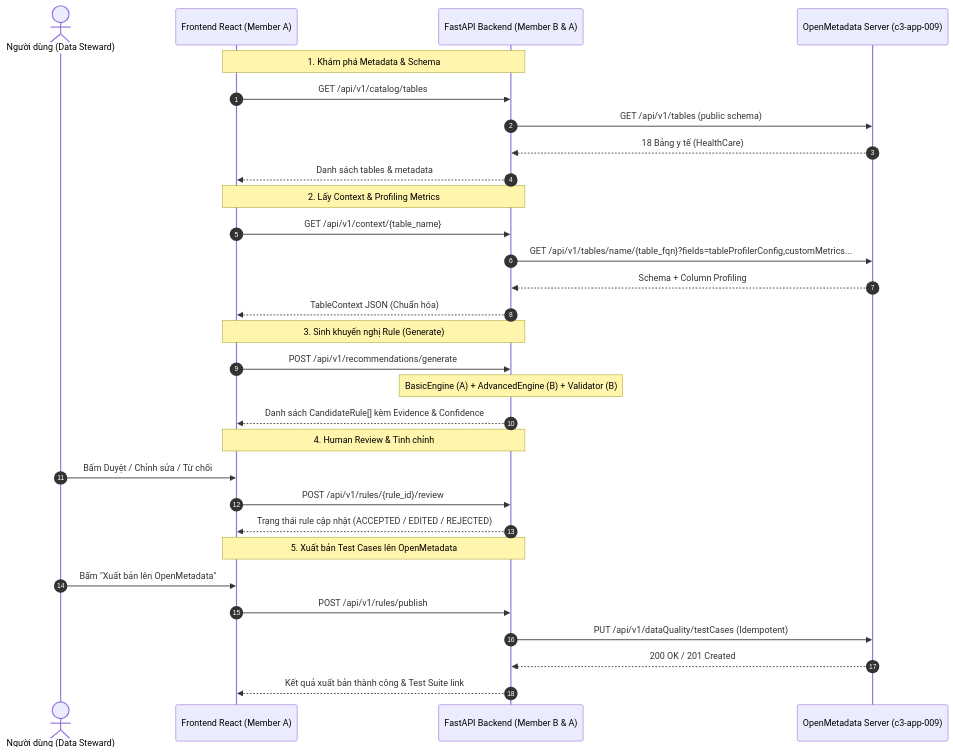
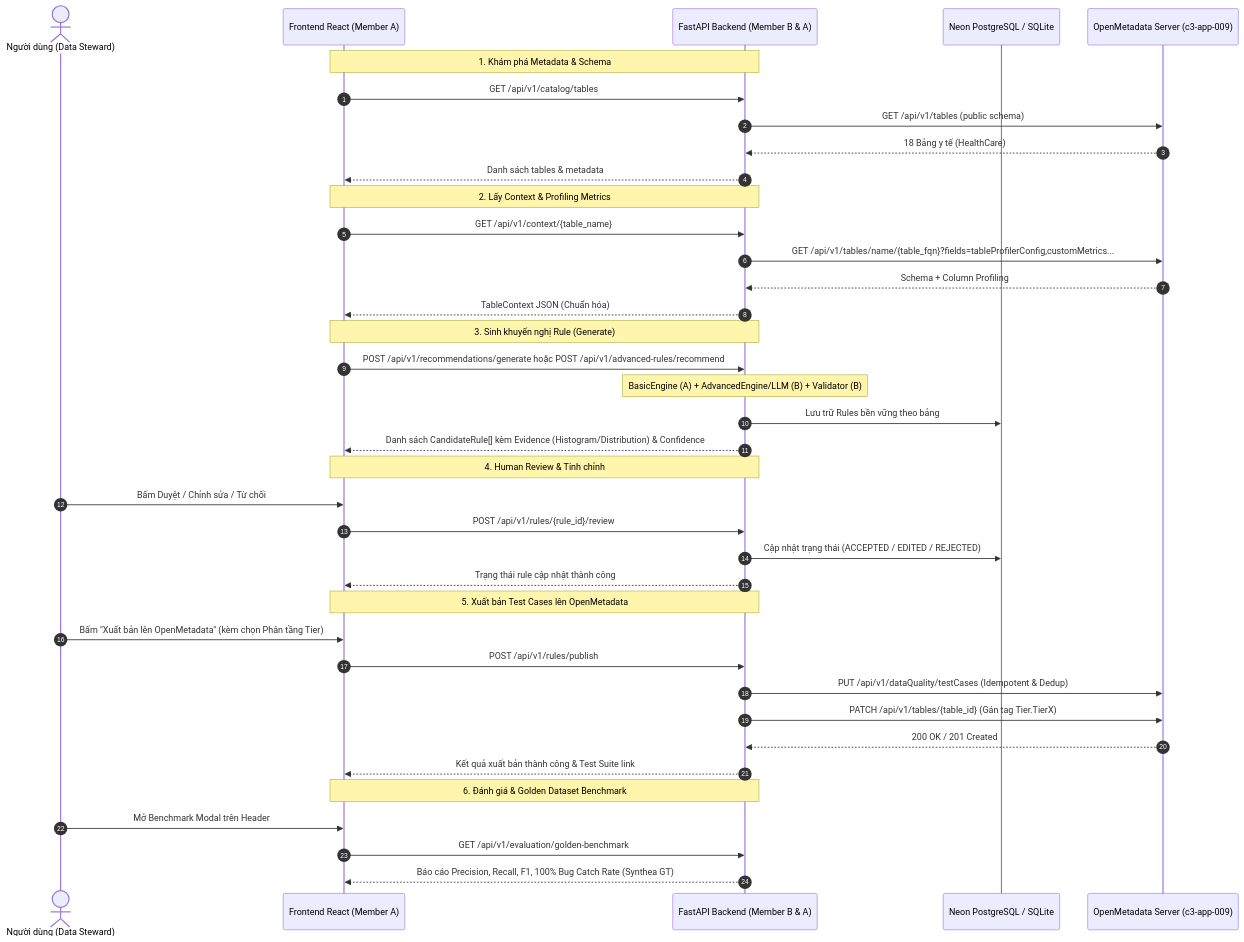
Before and after one commit to manhndgenius/dq-rule-recommender-openmetadata: the diagram in doc/DANH_SACH_API_FE_CHO_MEMBER_B.md, drawn with Mermaid. The commit also changed other lines of this file, not shown here.

Commit message:
docs: update DANH_SACH_API_FE_CHO_MEMBER_B.md to v1.0

````diff
--- a/doc/DANH_SACH_API_FE_CHO_MEMBER_B.md
+++ b/doc/DANH_SACH_API_FE_CHO_MEMBER_B.md
@@ -14,37 +14,46 @@
 ```mermaid
 sequenceDiagram
     autonumber
     actor User as Người dùng (Data Steward)
     participant FE as Frontend React (Member A)
     participant BE as FastAPI Backend (Member B & A)
+    participant DB as Neon PostgreSQL / SQLite
     participant OM as OpenMetadata Server (c3-app-009)
 
     Note over FE,BE: 1. Khám phá Metadata & Schema
     FE->>BE: GET /api/v1/catalog/tables
     BE->>OM: GET /api/v1/tables (public schema)
     OM-->>BE: 18 Bảng y tế (HealthCare)
     BE-->>FE: Danh sách tables & metadata
 
     Note over FE,BE: 2. Lấy Context & Profiling Metrics
     FE->>BE: GET /api/v1/context/{table_name}
     BE->>OM: GET /api/v1/tables/name/{table_fqn}?fields=tableProfilerConfig,customMetrics...
     OM-->>BE: Schema + Column Profiling
     BE-->>FE: TableContext JSON (Chuẩn hóa)
 
     Note over FE,BE: 3. Sinh khuyến nghị Rule (Generate)
-    FE->>BE: POST /api/v1/recommendations/generate
-    Note over BE: BasicEngine (A) + AdvancedEngine (B) + Validator (B)
-    BE-->>FE: Danh sách CandidateRule[] kèm Evidence & Confidence
+    FE->>BE: POST /api/v1/recommendations/generate hoặc POST /api/v1/advanced-rules/recommend
+    Note over BE: BasicEngine (A) + AdvancedEngine/LLM (B) + Validator (B)
+    BE->>DB: Lưu trữ Rules bền vững theo bảng
+    BE-->>FE: Danh sách CandidateRule[] kèm Evidence (Histogram/Distribution) & Confidence
 
     Note over FE,BE: 4. Human Review & Tinh chỉnh
     User->>FE: Bấm Duyệt / Chỉnh sửa / Từ chối
     FE->>BE: POST /api/v1/rules/{rule_id}/review
-    BE-->>FE: Trạng thái rule cập nhật (ACCEPTED / EDITED / REJECTED)
+    BE->>DB: Cập nhật trạng thái (ACCEPTED / EDITED / REJECTED)
+    BE-->>FE: Trạng thái rule cập nhật thành công
 
     Note over FE,BE: 5. Xuất bản Test Cases lên OpenMetadata
-    User->>FE: Bấm "Xuất bản lên OpenMetadata"
+    User->>FE: Bấm "Xuất bản lên OpenMetadata" (kèm chọn Phân tầng Tier)
     FE->>BE: POST /api/v1/rules/publish
-    BE->>OM: PUT /api/v1/dataQuality/testCases (Idempotent)
+    BE->>OM: PUT /api/v1/dataQuality/testCases (Idempotent & Dedup)
+    BE->>OM: PATCH /api/v1/tables/{table_id} (Gán tag Tier.TierX)
     OM-->>BE: 200 OK / 201 Created
     BE-->>FE: Kết quả xuất bản thành công & Test Suite link
+
+    Note over FE,BE: 6. Đánh giá & Golden Dataset Benchmark
+    User->>FE: Mở Benchmark Modal trên Header
+    FE->>BE: GET /api/v1/evaluation/golden-benchmark
+    BE-->>FE: Báo cáo Precision, Recall, F1, 100% Bug Catch Rate (Synthea GT)
 ```
````
